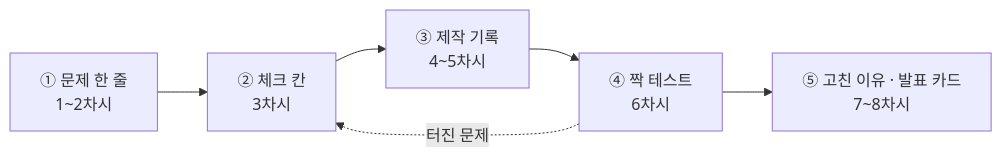
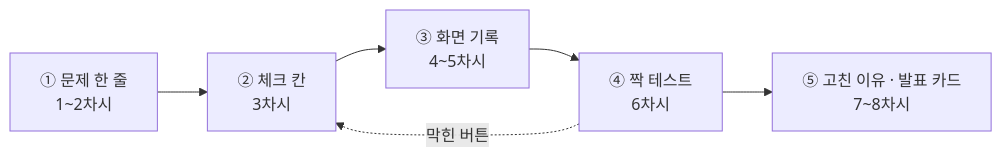
The diagram in docs/교육과정_인쇄물/AskBack_학생활동지_기본8차시.md (Collegenie-X/askback), drawn with Mermaid before and after one commit. The commit also changed other lines of this file and 40 other files, not shown here.

````diff
--- a/docs/교육과정_인쇄물/AskBack_학생활동지_기본8차시.md
+++ b/docs/교육과정_인쇄물/AskBack_학생활동지_기본8차시.md
@@ -10,8 +10,8 @@
 ```mermaid
 flowchart LR
     W1["① 문제 한 줄<br/>1~2차시"] --> W2["② 체크 칸<br/>3차시"]
-    W2 --> W3["③ 제작 기록<br/>4~5차시"]
+    W2 --> W3["③ 화면 기록<br/>4~5차시"]
     W3 --> W4["④ 짝 테스트<br/>6차시"]
     W4 --> W5["⑤ 고친 이유 · 발표 카드<br/>7~8차시"]
-    W4 -.->|"터진 문제"| W2
+    W4 -.->|"막힌 버튼"| W2
 ```
````
